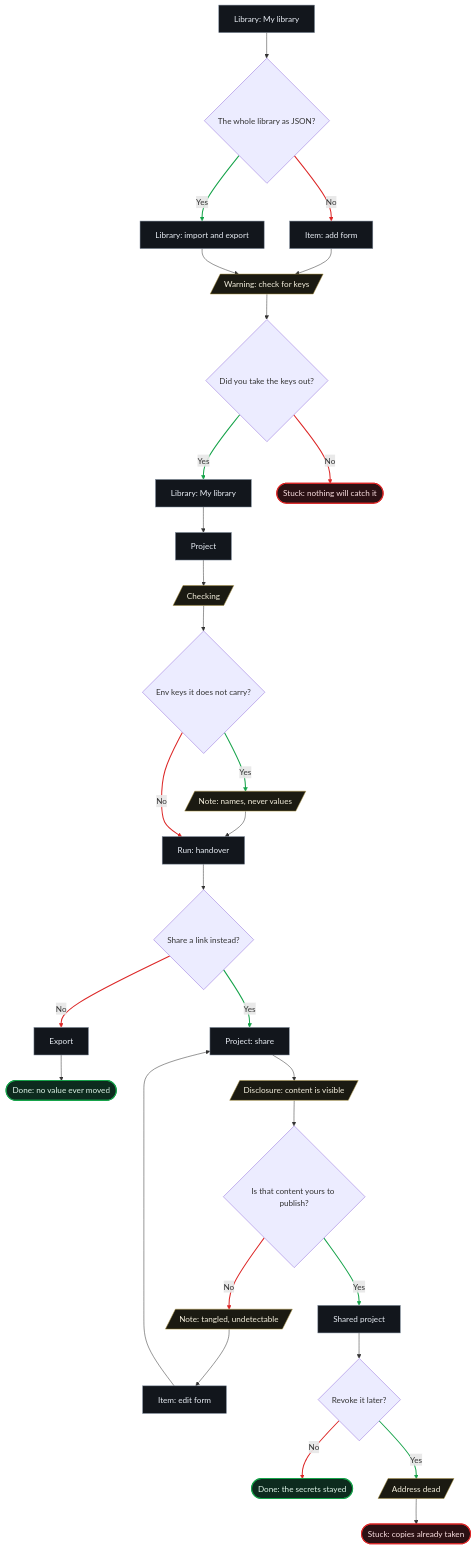
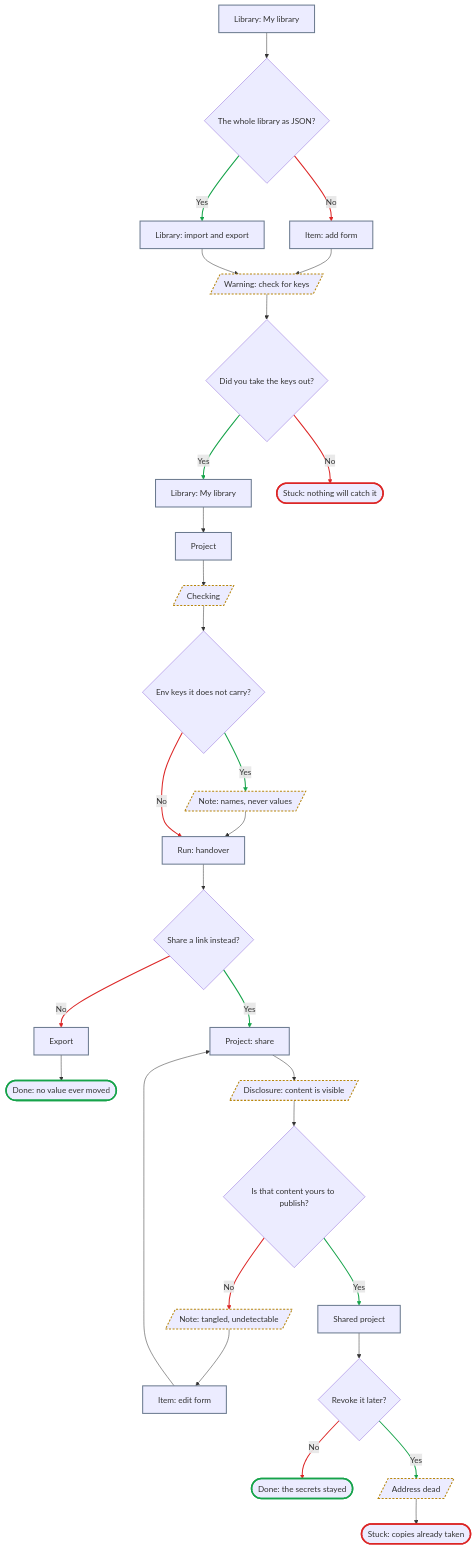
Before and after one commit to RomanUserExpert/ai-stack-builder: the sixth of 6 diagrams in 03-information-architecture/flows.md, drawn with Mermaid. The commit also changed other lines of this file, not shown here.

First line of the commit message:
Outlines only, never fills — the diagrams assumed a dark page

````diff
--- a/03-information-architecture/flows.md
+++ b/03-information-architecture/flows.md
@@ -397,41 +402,41 @@
 ```mermaid
 flowchart TD
     A["Library: My library"] --> B{"The whole library as JSON?"}
     B -->|"No"| C["Item: add form"]
     B -->|"Yes"| D["Library: import and export"]
     C --> E[/"Warning: check for keys"/]
     D --> E
     E --> F{"Did you take the keys out?"}
     F -->|"Yes"| G["Library: My library"]
     F -->|"No"| H(["Stuck: nothing will catch it"])
     G --> I["Project"]
     I --> J[/"Checking"/]
     J --> K{"Env keys it does not carry?"}
     K -->|"Yes"| L[/"Note: names, never values"/]
     L --> M["Run: handover"]
     K -->|"No"| M
     M --> N{"Share a link instead?"}
     N -->|"No"| O["Export"]
     O --> P(["Done: no value ever moved"])
     N -->|"Yes"| Q["Project: share"]
     Q --> R[/"Disclosure: content is visible"/]
     R --> S{"Is that content yours to publish?"}
     S -->|"No"| T[/"Note: tangled, undetectable"/]
     T --> U["Item: edit form"]
     U --> Q
     S -->|"Yes"| V["Shared project"]
     V --> W{"Revoke it later?"}
     W -->|"No"| X(["Done: the secrets stayed"])
     W -->|"Yes"| Y[/"Address dead"/]
     Y --> Z(["Stuck: copies already taken"])
-    classDef screen fill:#12161c,stroke:#7c8899,stroke-width:1px,color:#e8edf4
-    classDef state fill:#1b1a12,stroke:#a8913f,stroke-width:1px,color:#f4efdd
-    classDef win fill:#0d2b1e,stroke:#16a34a,stroke-width:2px,color:#dff5e8
-    classDef dead fill:#2b1114,stroke:#dc2626,stroke-width:2px,color:#fadfe1
+    classDef screen stroke:#6b7a8f,stroke-width:2px
+    classDef state stroke:#b8860b,stroke-width:2px,stroke-dasharray:4 3
+    classDef win stroke:#16a34a,stroke-width:3px
+    classDef dead stroke:#dc2626,stroke-width:3px
     linkStyle 2,6,11,17,23,26 stroke:#16a34a,stroke-width:2px
     linkStyle 1,7,13,15,20,25 stroke:#dc2626,stroke-width:2px
     class A,C,D,G,I,M,O,Q,U,V screen
     class E,J,L,R,T,Y state
     class P,X win
     class H,Z dead
 ```
````
